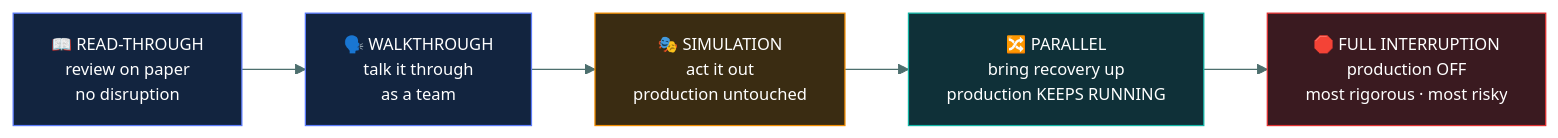
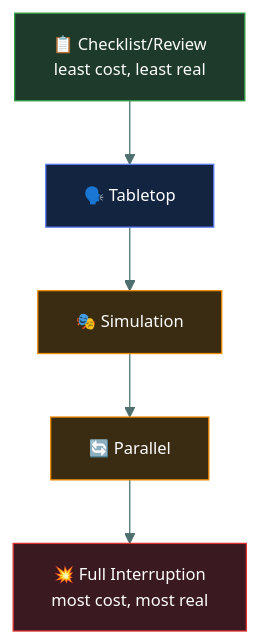
One commit to tarunTejaDesireddy/cc-exam-prep changed the second of 3 diagrams in 02-security-governance/disaster-recovery/README.md. Above: the diagram before and after it, drawn with Mermaid. The commit also changed other lines of this file and 1 other file, not shown here.

First line of the commit message:
Rewrite Disaster Recovery with hot/warm/cold sites and the 5 test types

````diff
--- a/02-security-governance/disaster-recovery/README.md
+++ b/02-security-governance/disaster-recovery/README.md
@@ -164,14 +252,14 @@
 ```mermaid
-%%{init: {'theme':'base','themeVariables':{'fontSize':'13px','lineColor':'#4d6f6e','textColor':'#dbe7e6'}}}%%
-flowchart LR
-    R["📖 READ-THROUGH<br/>review on paper<br/>no disruption"] --> W["🗣️ WALKTHROUGH<br/>talk it through<br/>as a team"]
-    W --> S["🎭 SIMULATION<br/>act it out<br/>production untouched"]
-    S --> P["🔀 PARALLEL<br/>bring recovery up<br/>production KEEPS RUNNING"]
-    P --> F["🛑 FULL INTERRUPTION<br/>production OFF<br/>most rigorous · most risky"]
+%%{init: {'theme':'base','themeVariables':{'fontFamily':'Segoe UI, Helvetica Neue, Arial, sans-serif','fontSize':'13px','lineColor':'#4d6f6e','textColor':'#dbe7e6'}}}%%
+flowchart TD
+    C["📋 Checklist/Review<br/>least cost, least real"] --> T["🗣️ Tabletop"]
+    T --> S["🎭 Simulation"]
+    S --> P["🔄 Parallel"]
+    P --> F["💥 Full Interruption<br/>most cost, most real"]
 
-    style R fill:#12243f,stroke:#5C7CFA,color:#fff
-    style W fill:#12243f,stroke:#5C7CFA,color:#fff
+    style C fill:#1d3a2a,stroke:#2F9E44,color:#fff
+    style T fill:#12243f,stroke:#5C7CFA,color:#fff
     style S fill:#3a2c12,stroke:#F08C00,color:#fff
-    style P fill:#0f3038,stroke:#12B5A5,color:#fff
+    style P fill:#3a2c12,stroke:#F08C00,color:#fff
     style F fill:#3a1a20,stroke:#E03131,color:#fff
 ```
````
